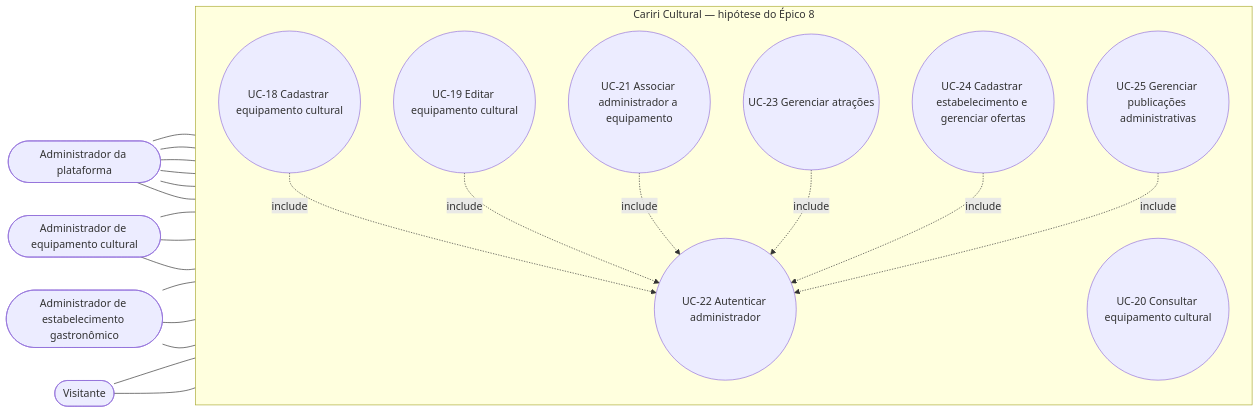
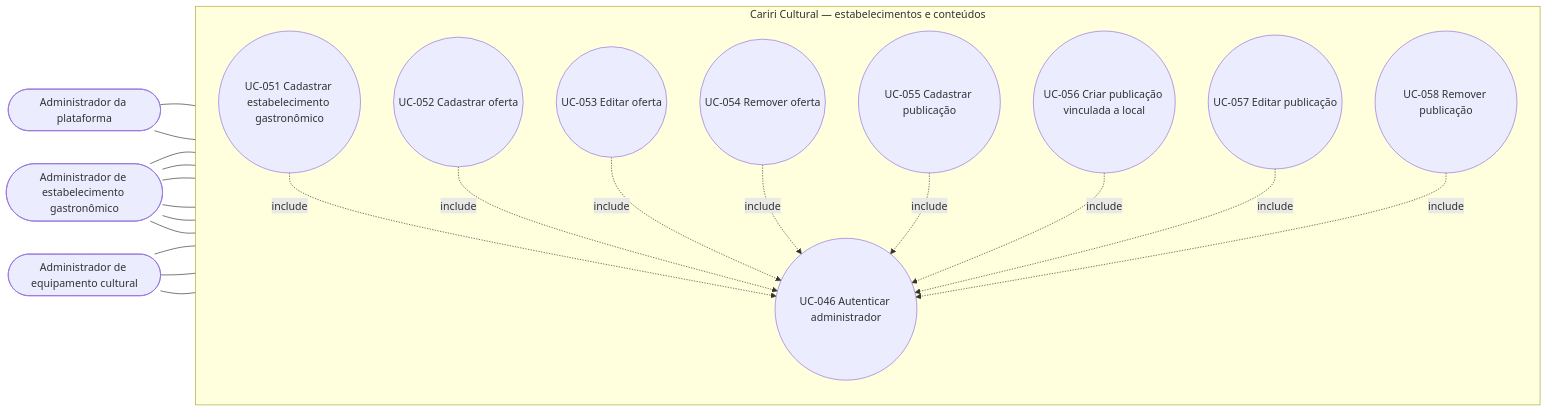
Diagram 11 of 13 in home/user-cases/use-cases-diagram.md (alan-mendes-ufca/CaririCultural), drawn with Mermaid before and after one commit. The commit also changed other lines of this file and 5 other files, not shown here.

````diff
--- a/home/user-cases/use-cases-diagram.md
+++ b/home/user-cases/use-cases-diagram.md
@@ -246,35 +412,35 @@
 ```mermaid
 flowchart LR
     %% Atores
     APL([Administrador da plataforma])
     AEC([Administrador de equipamento cultural])
     AEG([Administrador de estabelecimento gastronômico])
-    V([Visitante])
 
-    %% Fronteira
-    subgraph CC [Cariri Cultural — hipótese do Épico 8]
+    subgraph CC [Cariri Cultural — estabelecimentos e conteúdos]
         direction TB
-        UC18((UC-18 Cadastrar equipamento cultural))
-        UC19((UC-19 Editar equipamento cultural))
-        UC20((UC-20 Consultar equipamento cultural))
-        UC21((UC-21 Associar administrador a equipamento))
-        UC22((UC-22 Autenticar administrador))
-        UC23((UC-23 Gerenciar atrações))
-        UC24((UC-24 Cadastrar estabelecimento e gerenciar ofertas))
-        UC25((UC-25 Gerenciar publicações administrativas))
+        UC046((UC-046 Autenticar administrador))
+        UC051((UC-051 Cadastrar estabelecimento gastronômico))
+        UC052((UC-052 Cadastrar oferta))
+        UC053((UC-053 Editar oferta))
+        UC054((UC-054 Remover oferta))
+        UC055((UC-055 Cadastrar publicação))
+        UC056((UC-056 Criar publicação vinculada a local))
+        UC057((UC-057 Editar publicação))
+        UC058((UC-058 Remover publicação))
     end
 
     %% Relações Ator -> Caso de Uso
-    APL --- UC18 & UC19 & UC21 & UC22 & UC24 & UC25
-    AEC --- UC22 & UC23 & UC25
-    AEG --- UC22 & UC24 & UC25
-    V --- UC20 & UC23
+    APL --- UC051 & UC055
+    AEG --- UC052 & UC053 & UC054 & UC056 & UC057 & UC058
+    AEC --- UC056 & UC057 & UC058
 
     %% Relações Include
-    UC18 -.->|include| UC22
-    UC19 -.->|include| UC22
-    UC21 -.->|include| UC22
-    UC23 -.->|include| UC22
-    UC24 -.->|include| UC22
-    UC25 -.->|include| UC22
+    UC051 -.->|include| UC046
+    UC052 -.->|include| UC046
+    UC053 -.->|include| UC046
+    UC054 -.->|include| UC046
+    UC055 -.->|include| UC046
+    UC056 -.->|include| UC046
+    UC057 -.->|include| UC046
+    UC058 -.->|include| UC046
 ```
````
